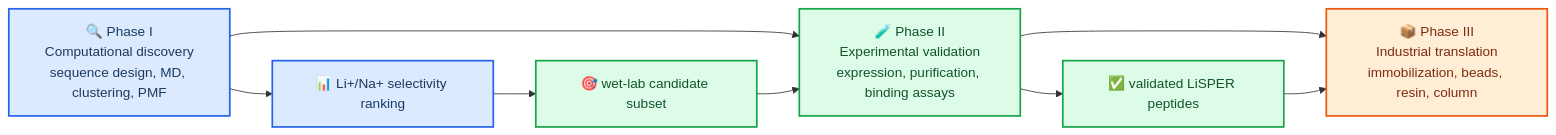
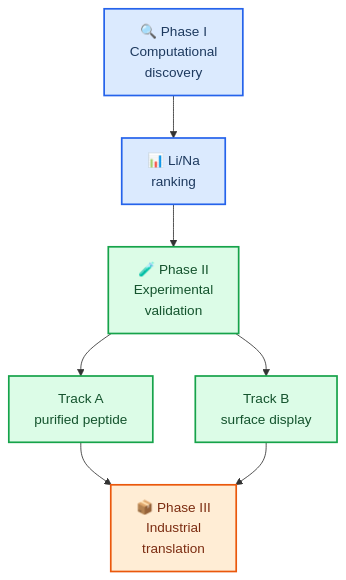
One commit to jackyissocute/LiSPER changed the second of 5 diagrams in README.md. Above: the diagram before and after it, drawn with Mermaid. The commit also changed other lines of this file and 64 other files, not shown here.

````diff
--- a/README.md
+++ b/README.md
@@ -67,21 +80,26 @@
 ```mermaid
-flowchart LR
+flowchart TD
     accTitle: LiSPER Three-Phase Roadmap
-    accDescr: Three major phases move from computational discovery through experimental validation and into industrial translation.
+    accDescr: LiSPER moves from computational discovery to two parallel experimental validation tracks and then to industrial translation.
 
-    phase_one[🔍 Phase I<br/>Computational discovery<br/>sequence design, MD, clustering, PMF] --> phase_two[🧪 Phase II<br/>Experimental validation<br/>expression, purification, binding assays]
-    phase_two --> phase_three[📦 Phase III<br/>Industrial translation<br/>immobilization, beads, resin, column]
+    phase_one["🔍 Phase I<br/>Computational<br/>discovery"]
+    rank["📊 Li/Na<br/>ranking"]
+    phase_two["🧪 Phase II<br/>Experimental<br/>validation"]
+    track_a["Track A<br/>purified peptide"]
+    track_b["Track B<br/>surface display"]
+    phase_three["📦 Phase III<br/>Industrial<br/>translation"]
 
-    phase_one --> rank[📊 Li+/Na+ selectivity ranking]
-    rank --> shortlist[🎯 wet-lab candidate subset]
-    shortlist --> phase_two
-    phase_two --> validated[✅ validated LiSPER peptides]
-    validated --> phase_three
+    phase_one --> rank
+    rank --> phase_two
+    phase_two --> track_a
+    phase_two --> track_b
+    track_a --> phase_three
+    track_b --> phase_three
 
     classDef computational fill:#dbeafe,stroke:#2563eb,stroke-width:2px,color:#1e3a5f
     classDef experimental fill:#dcfce7,stroke:#16a34a,stroke-width:2px,color:#14532d
     classDef industrial fill:#ffedd5,stroke:#ea580c,stroke-width:2px,color:#7c2d12
     class phase_one,rank computational
-    class phase_two,shortlist,validated experimental
+    class phase_two,track_a,track_b experimental
     class phase_three industrial
 ```
````
